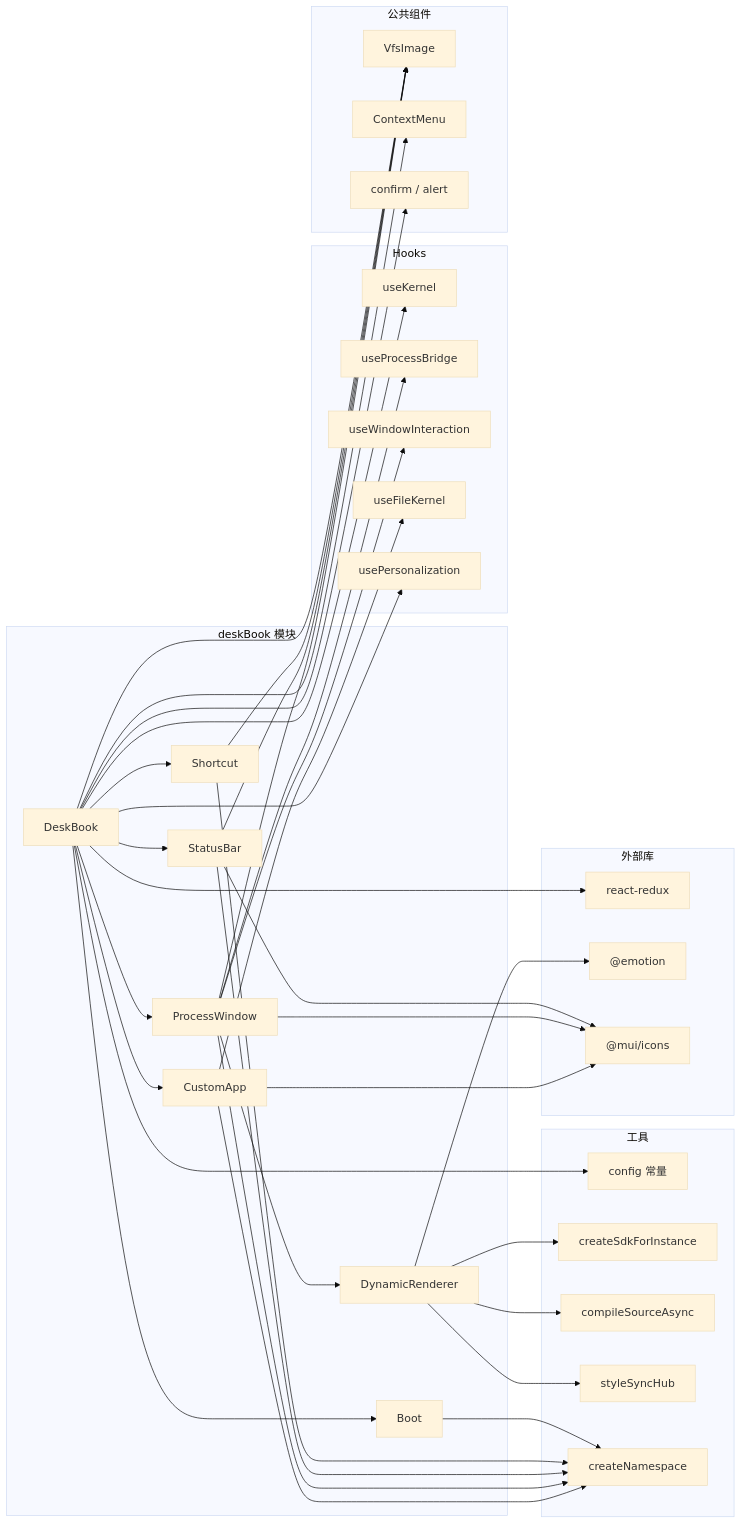
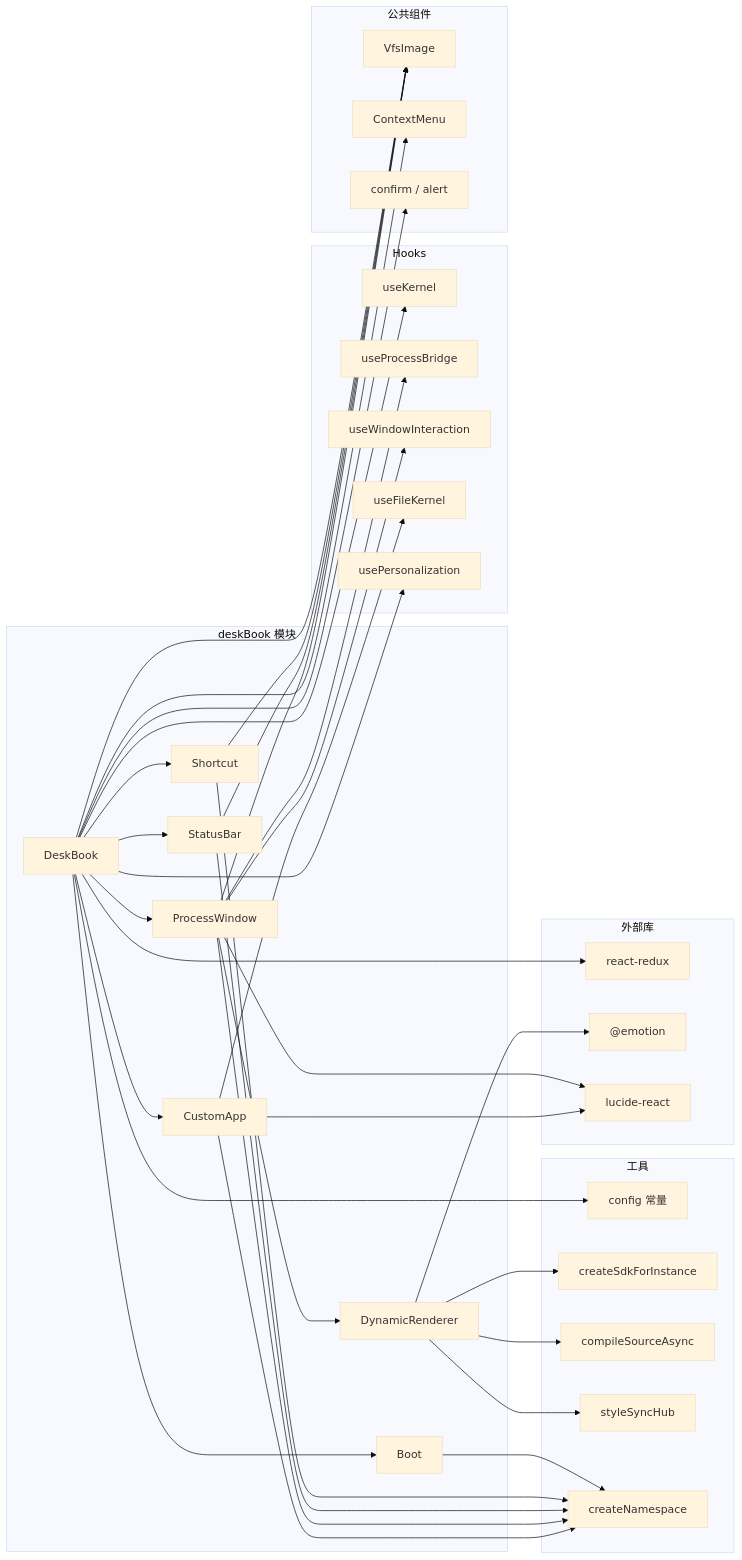
Before and after one commit to suluwanqing/sukinOS: the second of 2 diagrams in docs/module/02-deskbook.md, drawn with Mermaid (base theme). The commit also changed other lines of this file and 43 other files, not shown here.

Commit message:
完善组件文档与系统面板聚合 - 开发者中心编辑器改为多标签，二进制等不可编辑文件拦截打开 - 设置-组件页改为 SDK 组件文档，补齐公开组件，修复 ContextMenu 导出遮蔽与子菜单样式 - 修正深色提示条的文字与图标配色 - 系统应用面板统一汇总到 systemComponents，adminAppSdk 只做展开拼装

````diff
--- a/docs/module/02-deskbook.md
+++ b/docs/module/02-deskbook.md
@@ -554,75 +556,74 @@
 ```mermaid
 graph LR
     subgraph deskBook 模块
         DB["DeskBook"]
         BT["Boot"]
         SC["Shortcut"]
         SB["StatusBar"]
         PW["ProcessWindow"]
         DR["DynamicRenderer"]
         CA["CustomApp"]
     end
 
     subgraph Hooks
         UK["useKernel"]
         UPB["useProcessBridge"]
         UWI["useWindowInteraction"]
         UFK["useFileKernel"]
         UP["usePersonalization"]
     end
 
     subgraph 公共组件
         VI["VfsImage"]
         CM["ContextMenu"]
         CF["confirm / alert"]
     end
 
     subgraph 工具
         CFG["config 常量"]
         SDK["createSdkForInstance"]
         RW["compileSourceAsync"]
         SSH["styleSyncHub"]
         CL["createNamespace"]
     end
 
     subgraph 外部库
         RR["react-redux"]
         EM["@emotion"]
-        MUI["@mui/icons"]
+        LUCIDE["lucide-react"]
     end
 
     DB --> BT
     DB --> SC
     DB --> SB
     DB --> PW
     DB --> CA
     PW --> DR
 
     DB --> UK
     PW --> UPB
     PW --> UWI
     CA --> UFK
     DB --> UP
 
     DB --> VI
     SC --> VI
     SB --> VI
     PW --> VI
     DB --> CM
     DB --> CF
 
     DB --> CFG
     DR --> SDK
     DR --> RW
     DR --> SSH
     BT --> CL
     SC --> CL
     SB --> CL
     PW --> CL
     CA --> CL
     DB --> RR
     DR --> EM
-    SB --> MUI
-    PW --> MUI
-    CA --> MUI
+    PW --> LUCIDE
+    CA --> LUCIDE
 ```
````
